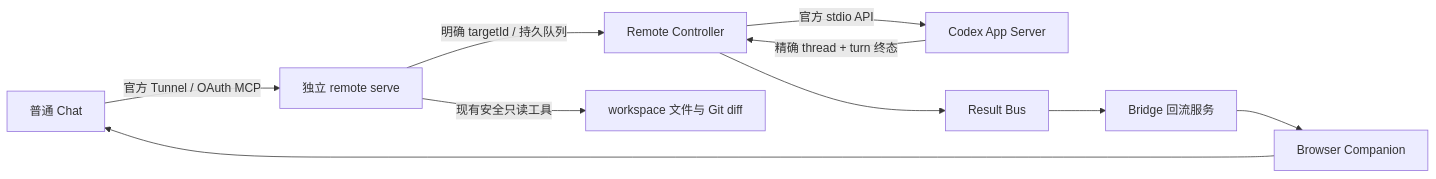
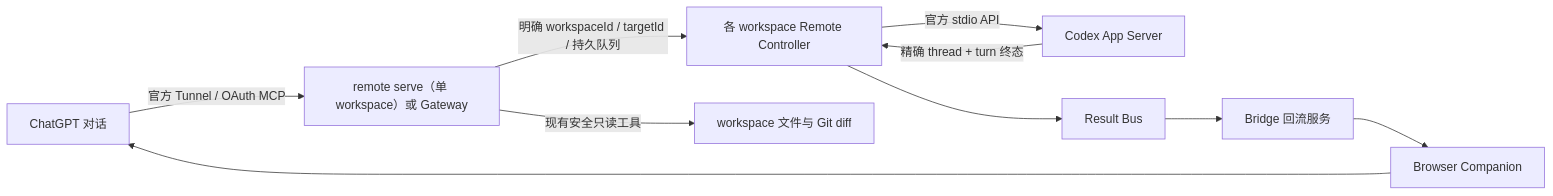
The diagram in docs/official-route.md (DKalien/codex-with-chatgpt), drawn with Mermaid before and after one commit. The commit also changed other lines of this file and 84 other files, not shown here.

````diff
--- a/docs/official-route.md
+++ b/docs/official-route.md
@@ -9,12 +12,12 @@
 ```mermaid
 flowchart LR
-    CHAT[普通 Chat] -->|官方 Tunnel / OAuth MCP| MCP[独立 remote serve]
-    MCP -->|明确 targetId / 持久队列| CTRL[Remote Controller]
+    CHAT[ChatGPT 对话] -->|官方 Tunnel / OAuth MCP| MCP[remote serve（单 workspace）或 Gateway]
+    MCP -->|明确 workspaceId / targetId / 持久队列| CTRL[各 workspace Remote Controller]
     CTRL -->|官方 stdio API| APP[Codex App Server]
     APP -->|精确 thread + turn 终态| CTRL
     CTRL --> BUS[Result Bus]
     BUS --> BRIDGE[Bridge 回流服务]
     BRIDGE --> COMP[Browser Companion]
     COMP --> CHAT
     MCP -->|现有安全只读工具| FILES[workspace 文件与 Git diff]
 ```
````
